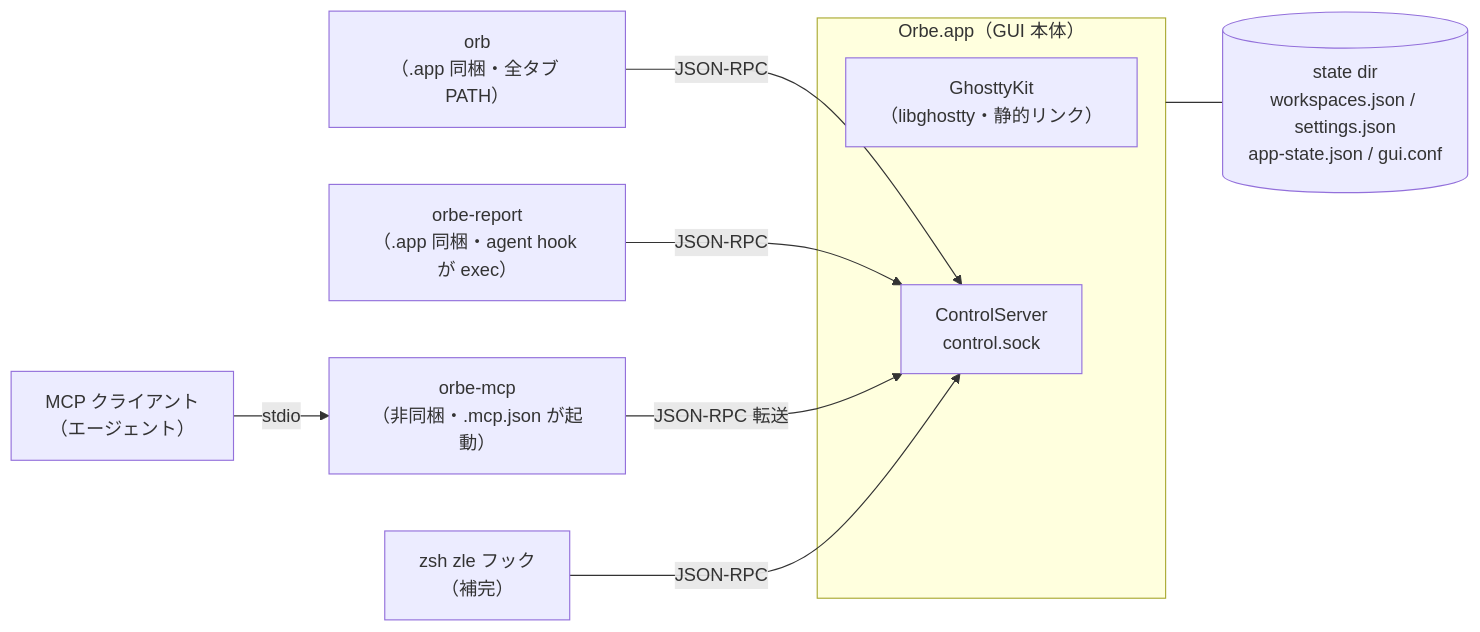
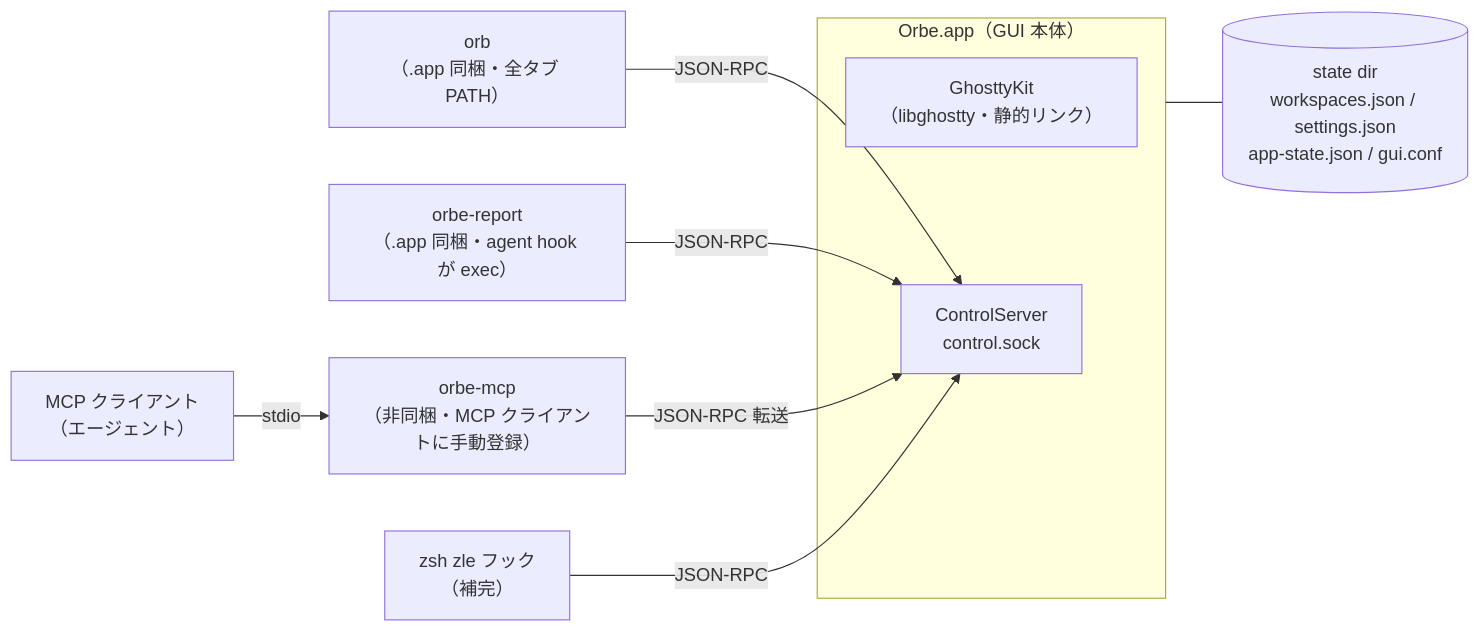
One commit to nakashima-takeo/orbe changed the diagram in docs/architecture.md. Above: the diagram before and after it, drawn with Mermaid. The commit also changed other lines of this file and 9 other files, not shown here.

````diff
--- a/docs/architecture.md
+++ b/docs/architecture.md
@@ -13,13 +13,13 @@
 ```mermaid
 flowchart LR
     subgraph app ["Orbe.app（GUI 本体）"]
         GK["GhosttyKit<br>（libghostty・静的リンク）"]
         CS["ControlServer<br>control.sock"]
     end
     ORB["orb<br>（.app 同梱・全タブ PATH）"] -->|JSON-RPC| CS
     REP["orbe-report<br>（.app 同梱・agent hook が exec）"] -->|JSON-RPC| CS
-    MCP["orbe-mcp<br>（非同梱・.mcp.json が起動）"] -->|JSON-RPC 転送| CS
+    MCP["orbe-mcp<br>（非同梱・MCP クライアントに手動登録）"] -->|JSON-RPC 転送| CS
     AI["MCP クライアント<br>（エージェント）"] -->|stdio| MCP
     ZSH["zsh zle フック<br>（補完）"] -->|JSON-RPC| CS
     app --- STATE[("state dir<br>workspaces.json / settings.json<br>app-state.json / gui.conf")]
 ```
````
